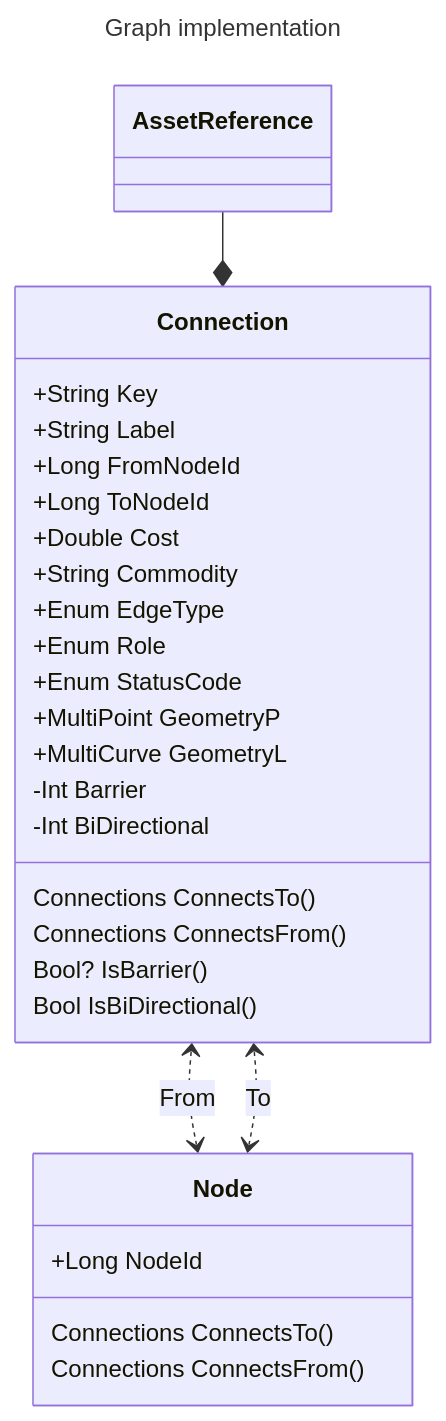
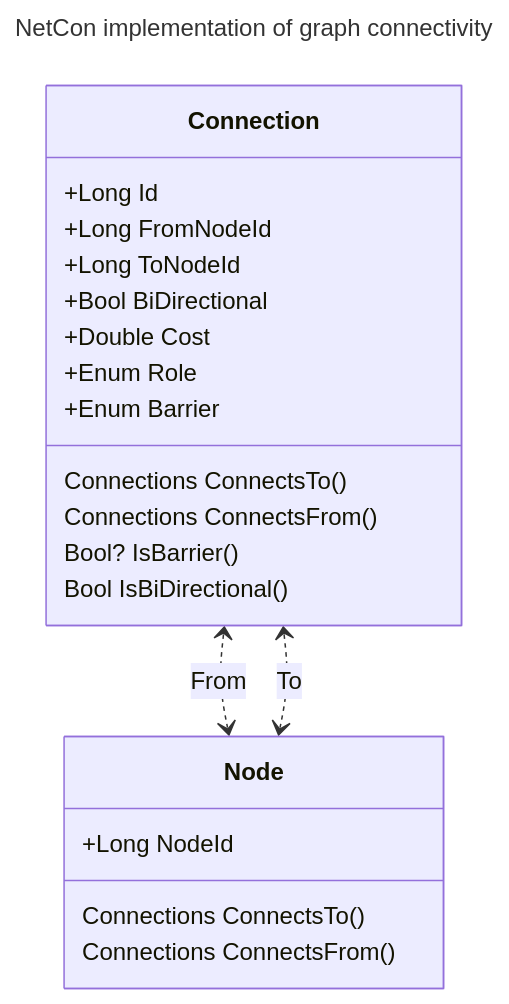
Before and after one commit to KenKor/NetCon: the second of 3 diagrams in content/Overview/Network Ontology.md, drawn with Mermaid. The commit also changed other lines of this file, not shown here.

````diff
--- a/content/Overview/Network Ontology.md
+++ b/content/Overview/Network Ontology.md
@@ -26,34 +25,27 @@
 ```mermaid
 ---
-title: Graph implementation
+title: NetCon implementation of graph connectivity
 ---
 classDiagram
     class Connection {
         Connections ConnectsTo()
         Connections ConnectsFrom()
         Bool? IsBarrier()
         Bool IsBiDirectional()
-        +String Key
-        +String Label
+        +Long Id
         +Long FromNodeId
         +Long ToNodeId
+        +Bool BiDirectional
         +Double Cost
-        +String Commodity
-        +Enum EdgeType
         +Enum Role
-        +Enum StatusCode
-        +MultiPoint GeometryP
-        +MultiCurve GeometryL
-        -Int Barrier
-        -Int BiDirectional
+        +Enum Barrier
     }
     class Node {
         +Long NodeId
         Connections ConnectsTo()
         Connections ConnectsFrom()
     }
     Connection <..> Node : From
     Connection <..> Node : To
-    AssetReference --* Connection
   end
 ```
````
